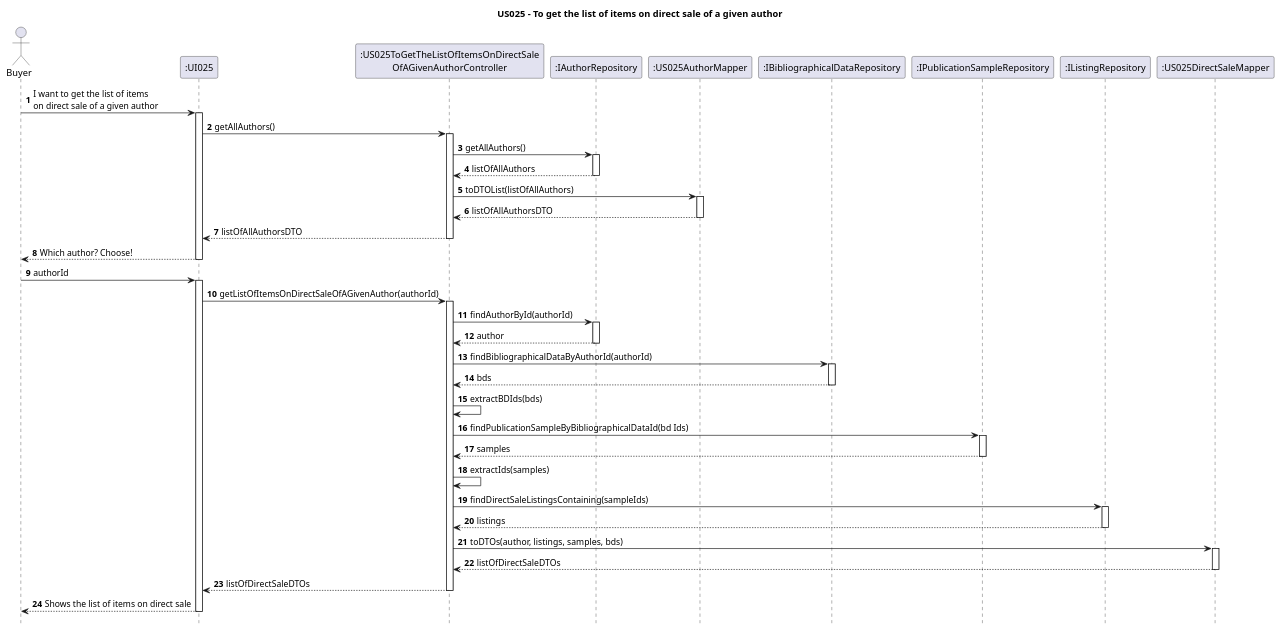
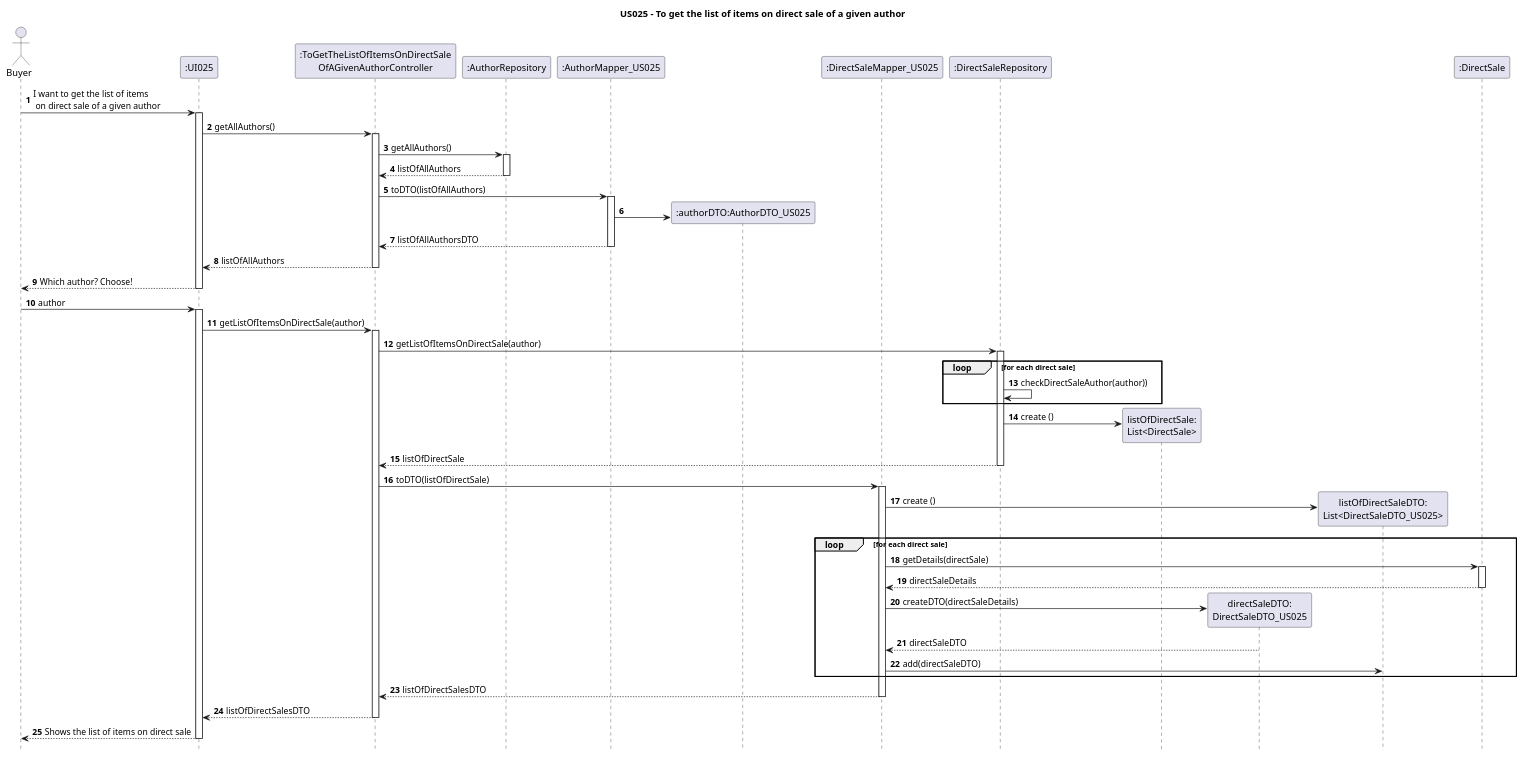
Before and after one commit to AndrePereiraGitH/SWitCH-Project-Team_A: the diagram in Diagrams/SequenceDiagrams/N2/US025-to-get-the-list-of-items-on-direct-sale-of-a-given-author.puml, drawn with PlantUML. The commit also changed 23 other files, not shown here.

```diff
--- a/Diagrams/SequenceDiagrams/N2/US025-to-get-the-list-of-items-on-direct-sale-of-a-given-author.puml
+++ b/Diagrams/SequenceDiagrams/N2/US025-to-get-the-list-of-items-on-direct-sale-of-a-given-author.puml
@@ -1,83 +1,85 @@
 @startuml
 
 hide footbox
 autonumber
 title US025 - To get the list of items on direct sale of a given author
 
 actor Buyer
 
 ' Participants
 participant ":UI025" as UI025
-participant ":US025ToGetTheListOfItemsOnDirectSale\nOfAGivenAuthorController" as Ctrl
-participant ":IAuthorRepository" as AuthorRepository
-participant ":US025AuthorMapper" as AuthorMapper
-participant ":IBibliographicalDataRepository" as BibliographicalDataRepository
-participant ":IPublicationSampleRepository" as PublicationSampleRepository
-participant ":IListingRepository" as ListingRepository
-participant ":US025DirectSaleMapper" as Mapper
+participant ":ToGetTheListOfItemsOnDirectSale\nOfAGivenAuthorController" as Ctrl
+participant ":AuthorRepository" as AuthorRepository
+participant ":AuthorMapper_US025" as AuthorMapper
+participant ":authorDTO:AuthorDTO_US025" as AuthorDTO
+participant ":DirectSaleMapper_US025" as Mapper
+participant ":DirectSaleRepository" as DirectSaleRepository
+participant "listOfDirectSale:\nList<DirectSale>" as ListDS
+participant "directSaleDTO:\nDirectSaleDTO_US025" as DTO
+participant "listOfDirectSaleDTO:\nList<DirectSaleDTO_US025>" as ListDTO
+participant ":DirectSale" as DS
+
 
 ' Interactions
-Buyer -> UI025 : I want to get the list of items\non direct sale of a given author
+Buyer -> UI025 : I want to get the list of items\n on direct sale of a given author
+activate UI025
+UI025 -> Ctrl : getAllAuthors()
+activate Ctrl
+Ctrl -> AuthorRepository: getAllAuthors()
+activate AuthorRepository
+AuthorRepository --> Ctrl: listOfAllAuthors
+deactivate AuthorRepository
+
+Ctrl -> AuthorMapper: toDTO(listOfAllAuthors)
+activate AuthorMapper
+AuthorMapper -> AuthorDTO **
+AuthorMapper --> Ctrl: listOfAllAuthorsDTO
+deactivate AuthorMapper
+
+Ctrl --> UI025 : listOfAllAuthors
+deactivate Ctrl
+Buyer <-- UI025 : Which author? Choose!
+deactivate UI025
+Buyer -> UI025 : author
 activate UI025
 
-UI025 -> Ctrl : getAllAuthors()
+UI025 -> Ctrl : getListOfItemsOnDirectSale(author)
 activate Ctrl
 
-Ctrl -> AuthorRepository : getAllAuthors()
-activate AuthorRepository
-AuthorRepository --> Ctrl : listOfAllAuthors
-deactivate AuthorRepository
+Ctrl -> DirectSaleRepository : getListOfItemsOnDirectSale(author)
+activate DirectSaleRepository
 
-Ctrl -> AuthorMapper : toDTOList(listOfAllAuthors)
-activate AuthorMapper
-AuthorMapper --> Ctrl : listOfAllAuthorsDTO
-deactivate AuthorMapper
+loop for each direct sale
+    DirectSaleRepository -> DirectSaleRepository : checkDirectSaleAuthor(author))
+end
 
-Ctrl --> UI025 : listOfAllAuthorsDTO
-deactivate Ctrl
+DirectSaleRepository -> ListDS ** : create ()
+DirectSaleRepository --> Ctrl : listOfDirectSale
 
-UI025 --> Buyer : Which author? Choose!
-deactivate UI025
+deactivate DirectSaleRepository
 
-Buyer -> UI025 : authorId
-activate UI025
+Ctrl -> Mapper : toDTO(listOfDirectSale)
+activate Mapper
+Mapper -> ListDTO ** : create ()
 
-UI025 -> Ctrl : getListOfItemsOnDirectSaleOfAGivenAuthor(authorId)
-activate Ctrl
+    loop for each direct sale
+    Mapper -> DS: getDetails(directSale)
+        activate DS
+        DS --> Mapper: directSaleDetails
+        deactivate DS
 
-Ctrl -> AuthorRepository : findAuthorById(authorId)
-activate AuthorRepository
-AuthorRepository --> Ctrl : author
-deactivate AuthorRepository
+        Mapper -> DTO ** : createDTO(directSaleDetails)
+        DTO --> Mapper: directSaleDTO
+            Mapper -> ListDTO : add(directSaleDTO)
+    end
 
-Ctrl -> BibliographicalDataRepository : findBibliographicalDataByAuthorId(authorId)
-activate BibliographicalDataRepository
-BibliographicalDataRepository --> Ctrl : bds
-deactivate BibliographicalDataRepository
-
-Ctrl -> Ctrl : extractBDIds(bds)
-
-Ctrl -> PublicationSampleRepository : findPublicationSampleByBibliographicalDataId(bd Ids)
-activate PublicationSampleRepository
-PublicationSampleRepository --> Ctrl : samples
-deactivate PublicationSampleRepository
-
-Ctrl -> Ctrl : extractIds(samples)
-
-Ctrl -> ListingRepository : findDirectSaleListingsContaining(sampleIds)
-activate ListingRepository
-ListingRepository --> Ctrl : listings
-deactivate ListingRepository
-
-Ctrl -> Mapper : toDTOs(author, listings, samples, bds)
-activate Mapper
-Mapper --> Ctrl : listOfDirectSaleDTOs
+Mapper --> Ctrl : listOfDirectSalesDTO
 deactivate Mapper
 
-Ctrl --> UI025 : listOfDirectSaleDTOs
+Ctrl --> UI025 : listOfDirectSalesDTO
 deactivate Ctrl
 
 UI025 --> Buyer : Shows the list of items on direct sale
 deactivate UI025
 
 @enduml
```
